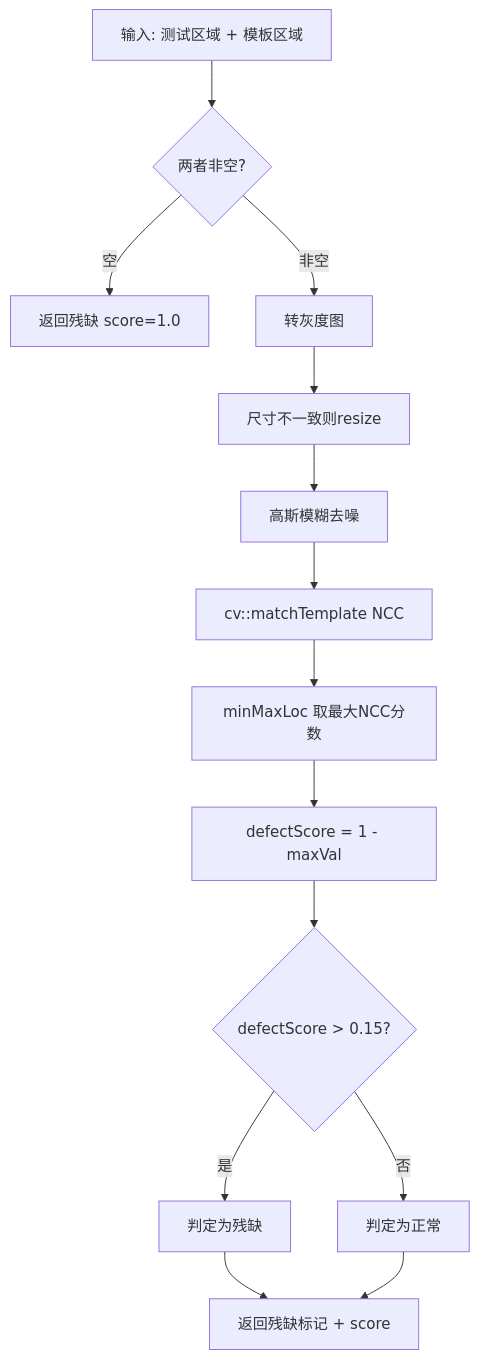
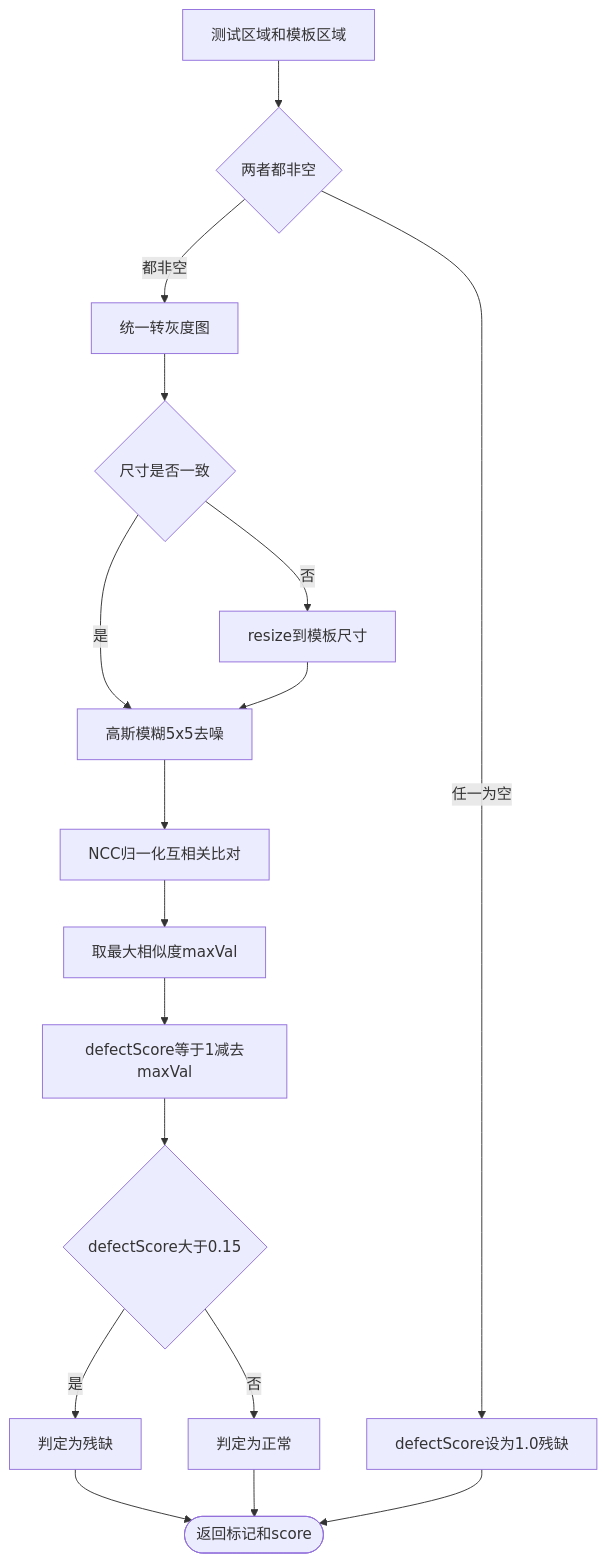
One commit to ggsmida1/CV_Project changed the tenth of 11 diagrams in docs/期末大作业报告.md. Above: the diagram before and after it, drawn with Mermaid. The commit also changed other lines of this file, not shown here.

````diff
--- a/docs/期末大作业报告.md
+++ b/docs/期末大作业报告.md
@@ -291,16 +561,19 @@
 ```mermaid
 graph TD
-    A[输入: 测试区域 + 模板区域] --> B{两者非空?}
-    B -->|空| C[返回残缺 score=1.0]
-    B -->|非空| D[转灰度图]
-    D --> E[尺寸不一致则resize]
-    E --> F[高斯模糊去噪]
-    F --> G[cv::matchTemplate NCC]
-    G --> H[minMaxLoc 取最大NCC分数]
-    H --> I[defectScore = 1 - maxVal]
-    I --> J{defectScore > 0.15?}
-    J -->|是| K[判定为残缺]
-    J -->|否| L[判定为正常]
-    K --> M[返回残缺标记 + score]
-    L --> M
+    A[测试区域和模板区域] --> B{两者都非空}
+    B -- 任一为空 --> C[defectScore设为1.0残缺]
+    B -- 都非空 --> D[统一转灰度图]
+    D --> E{尺寸是否一致}
+    E -- 否 --> F[resize到模板尺寸]
+    E -- 是 --> G[高斯模糊5x5去噪]
+    F --> G
+    G --> H[NCC归一化互相关比对]
+    H --> I[取最大相似度maxVal]
+    I --> J[defectScore等于1减去maxVal]
+    J --> K{defectScore大于0.15}
+    K -- 是 --> L[判定为残缺]
+    K -- 否 --> M[判定为正常]
+    L --> N([返回标记和score])
+    M --> N
+    C --> N
 ```
````
